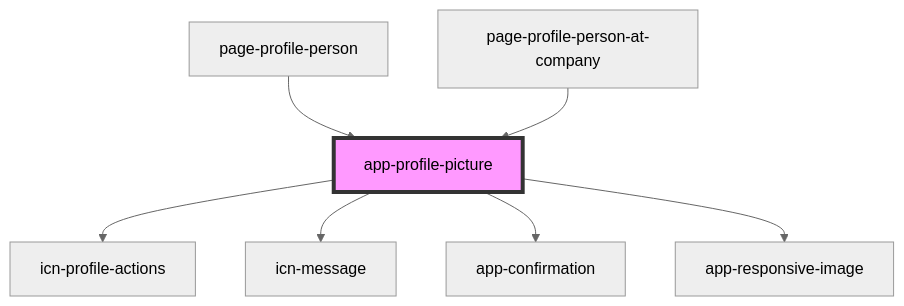
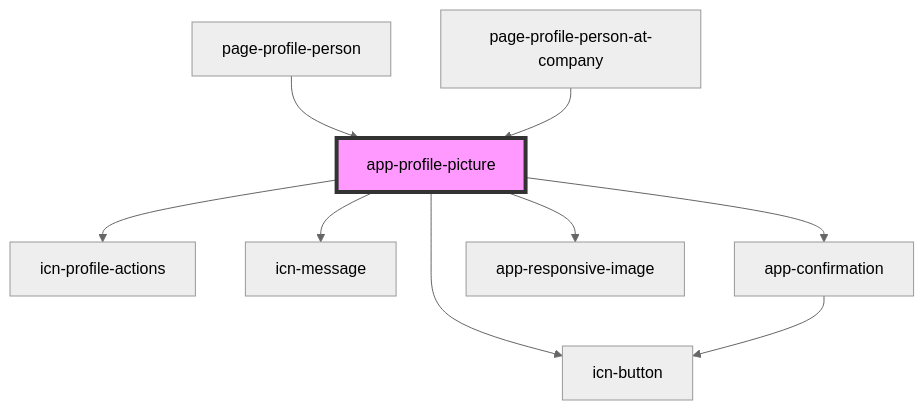
One commit to lokheed/IconEventNetwork.Web changed the diagram in iconeventnetwork-web/src/components/app-profile-picture/readme.md. Above: the diagram before and after it, drawn with Mermaid (neutral theme). The commit also changed other lines of this file and 61 other files, not shown here.

First line of the commit message:
Created icn-button component

````diff
--- a/iconeventnetwork-web/src/components/app-profile-picture/readme.md
+++ b/iconeventnetwork-web/src/components/app-profile-picture/readme.md
@@ -31,10 +32,12 @@
 ```mermaid
 graph TD;
   app-profile-picture --> icn-profile-actions
   app-profile-picture --> icn-message
+  app-profile-picture --> icn-button
   app-profile-picture --> app-confirmation
   app-profile-picture --> app-responsive-image
+  app-confirmation --> icn-button
   page-profile-person --> app-profile-picture
   page-profile-person-at-company --> app-profile-picture
   style app-profile-picture fill:#f9f,stroke:#333,stroke-width:4px
 ```
````
